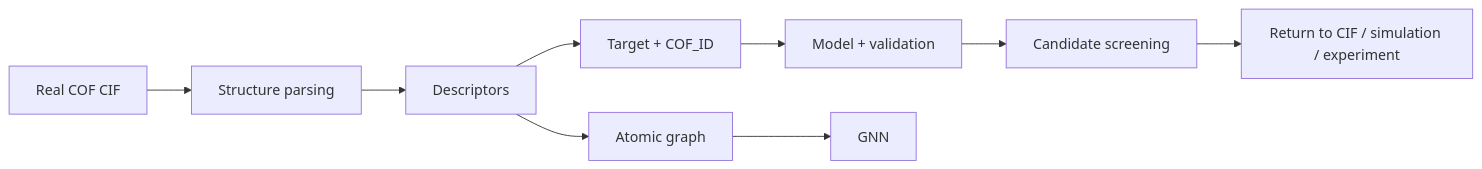
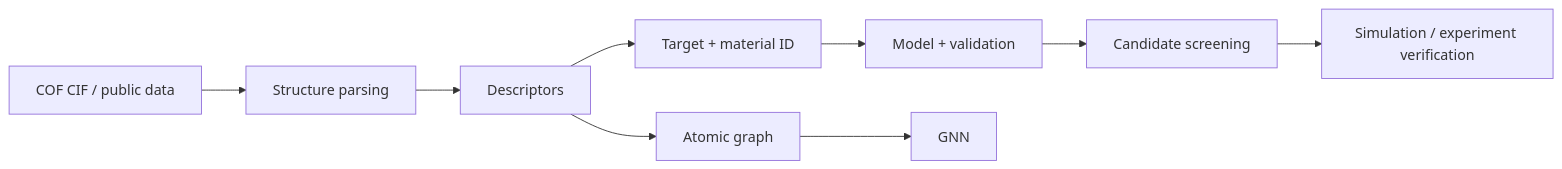
Before and after one commit to Wanteen/COF-ML-Tutorial: the diagram in README.md, drawn with Mermaid. The commit also changed other lines of this file, not shown here.

Commit message:
Clean public README and add real COF datasets

````diff
--- a/README.md
+++ b/README.md
@@ -100,11 +73,11 @@
 ```mermaid
 flowchart LR
-    A[Real COF CIF] --> B[Structure parsing]
+    A[COF CIF / public data] --> B[Structure parsing]
     B --> C[Descriptors]
-    C --> D[Target + COF_ID]
+    C --> D[Target + material ID]
     D --> E[Model + validation]
     E --> F[Candidate screening]
-    F --> G[Return to CIF / simulation / experiment]
+    F --> G[Simulation / experiment verification]
     C --> H[Atomic graph]
     H --> I[GNN]
 ```
````
